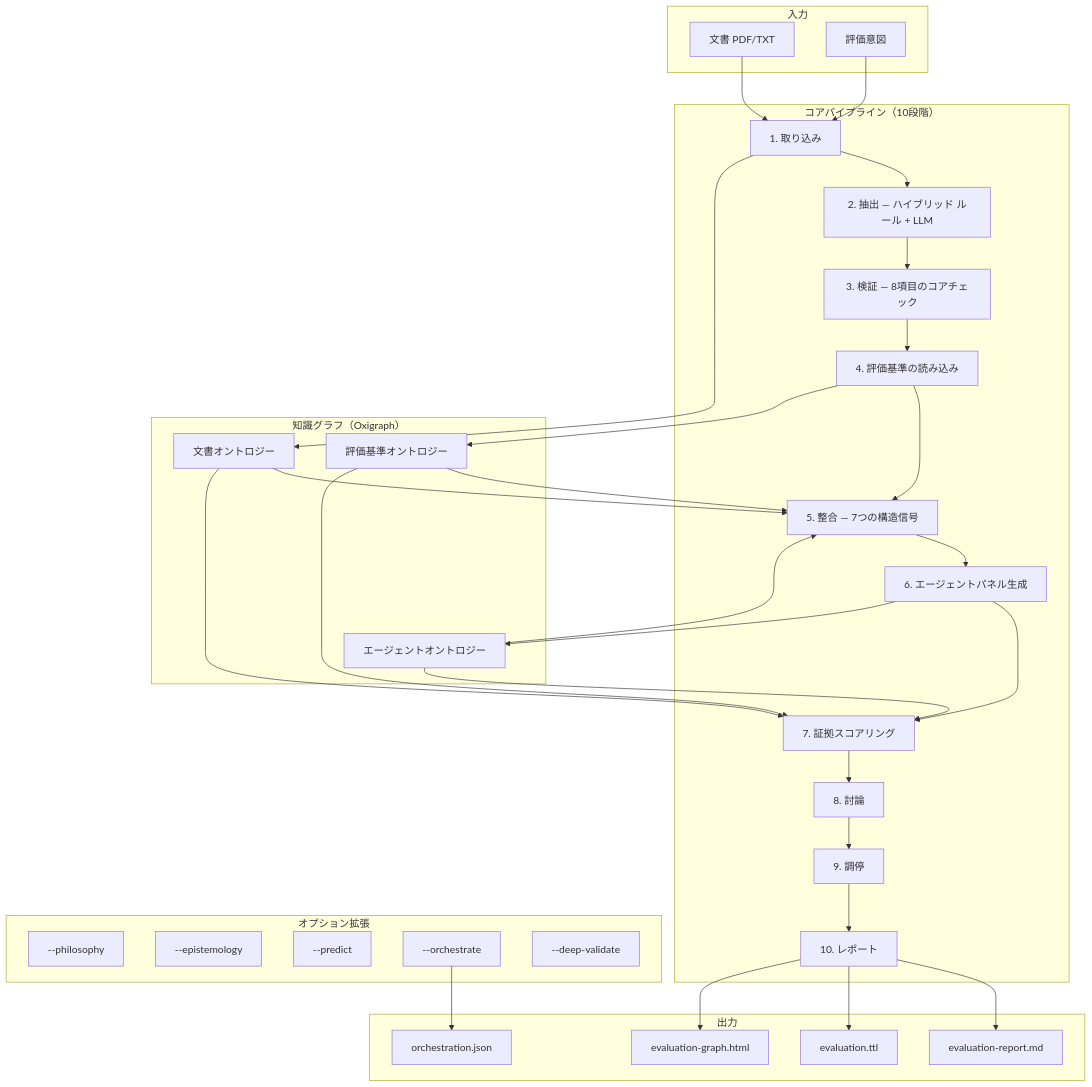
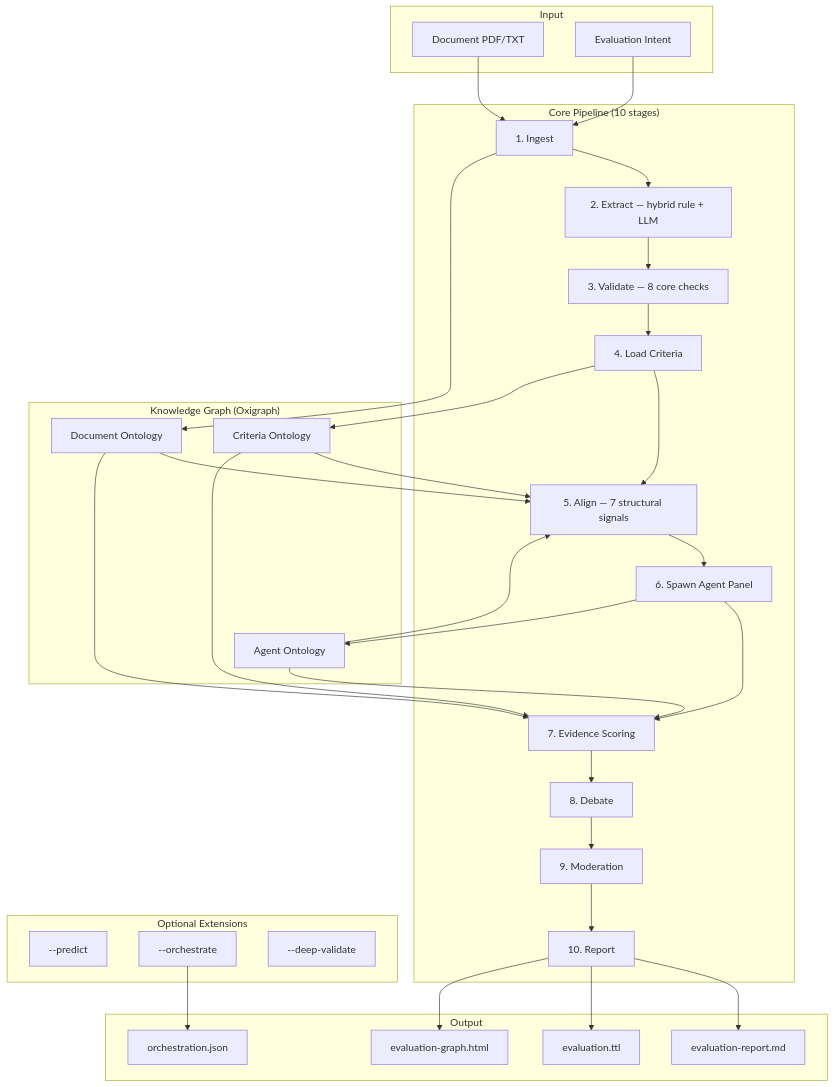
One commit to fabio-rovai/brain-in-the-fish changed the first of 4 diagrams in README-JP.md. Above: the diagram before and after it, drawn with Mermaid. The commit also changed other lines of this file and 2 other files, not shown here.

````diff
--- a/README-JP.md
+++ b/README-JP.md
@@ -118,52 +179,50 @@
 ```mermaid
 graph TB
-    subgraph 入力
-        DOC[文書 PDF/TXT]
-        INT[評価意図]
+    subgraph Input
+        DOC[Document PDF/TXT]
+        INT[Evaluation Intent]
     end
 
-    subgraph "コアパイプライン（10段階）"
-        ING[1. 取り込み]
-        EXT[2. 抽出 — ハイブリッド ルール + LLM]
-        VAL[3. 検証 — 8項目のコアチェック]
-        CRI[4. 評価基準の読み込み]
-        ALI[5. 整合 — 7つの構造信号]
-        SPA[6. エージェントパネル生成]
-        SNN_S[7. 証拠スコアリング]
-        DEB[8. 討論]
-        MOD[9. 調停]
-        REP[10. レポート]
+    subgraph "Core Pipeline (10 stages)"
+        ING[1. Ingest]
+        EXT[2. Extract — hybrid rule + LLM]
+        VAL[3. Validate — 8 core checks]
+        CRI[4. Load Criteria]
+        ALI[5. Align — 7 structural signals]
+        SPA[6. Spawn Agent Panel]
+        SNN[7. Evidence Scoring]
+        DEB[8. Debate]
+        MOD[9. Moderation]
+        REP[10. Report]
     end
 
-    subgraph "オプション拡張"
-        PHI[--philosophy]
-        EPI[--epistemology]
+    subgraph "Optional Extensions"
         PRE[--predict]
         ORC[--orchestrate]
         DEP[--deep-validate]
     end
 
-    subgraph "知識グラフ（Oxigraph）"
-        DO[文書オントロジー]
-        CO[評価基準オントロジー]
-        AO[エージェントオントロジー]
+    subgraph "Knowledge Graph (Oxigraph)"
+        DO[Document Ontology]
+        CO[Criteria Ontology]
+        AO[Agent Ontology]
     end
 
-    subgraph 出力
+    subgraph Output
         MD[evaluation-report.md]
         TTL[evaluation.ttl]
         HTML[evaluation-graph.html]
         JSON[orchestration.json]
     end
 
     DOC --> ING
     INT --> ING
-    ING --> EXT --> VAL --> CRI --> ALI --> SPA --> SNN_S --> DEB --> MOD --> REP
+    ING --> EXT --> VAL --> CRI --> ALI --> SPA --> SNN --> DEB --> MOD --> REP
     ING --> DO
     CRI --> CO
     SPA --> AO
     DO & CO & AO --> ALI
-    DO & CO & AO --> SNN_S
+    DO & CO & AO --> SNN
     REP --> MD & TTL & HTML
     ORC --> JSON
 ```
````
